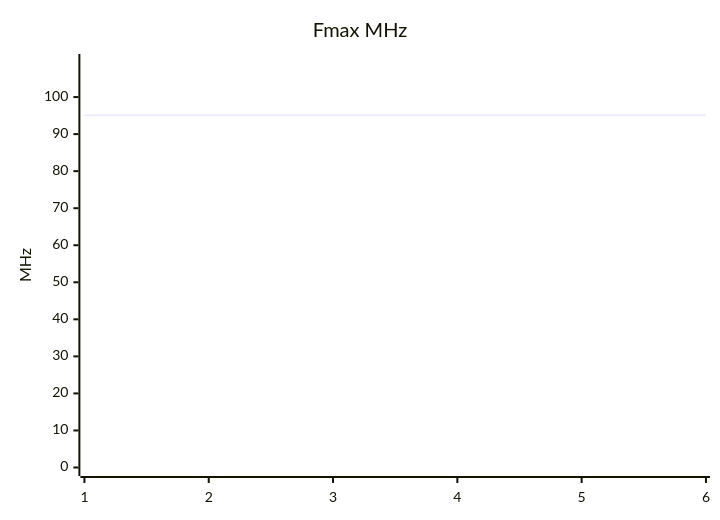
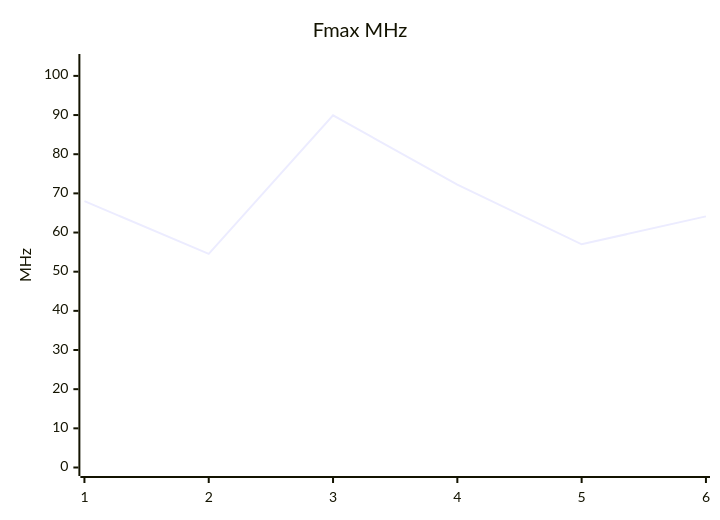
Before and after one commit to awtoau/cynthion-workspace: the fifth of 5 diagrams in riscv-64/metrics/reports/ecp5_usage_report.md, drawn with Mermaid. The commit also changed other lines of this file and 2 other files, not shown here.

````diff
--- a/riscv-64/metrics/reports/ecp5_usage_report.md
+++ b/riscv-64/metrics/reports/ecp5_usage_report.md
@@ -60,7 +232,7 @@
 ```mermaid
 xychart-beta
   title "Fmax MHz"
   x-axis [1, 2, 3, 4, 5, 6]
-  y-axis "MHz" 0 --> 109.33
-  line [95.07, 95.07, 95.07, 95.07, 95.07, 95.07]
+  y-axis "MHz" 0 --> 103.42
+  line [68.01, 54.56, 89.93, 72.24, 57.00, 64.13]
 ```
````
